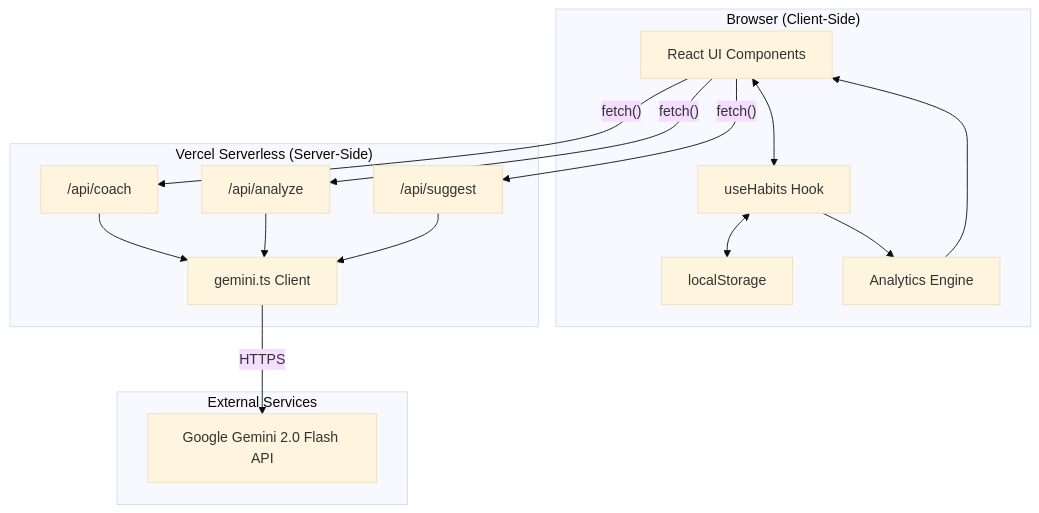
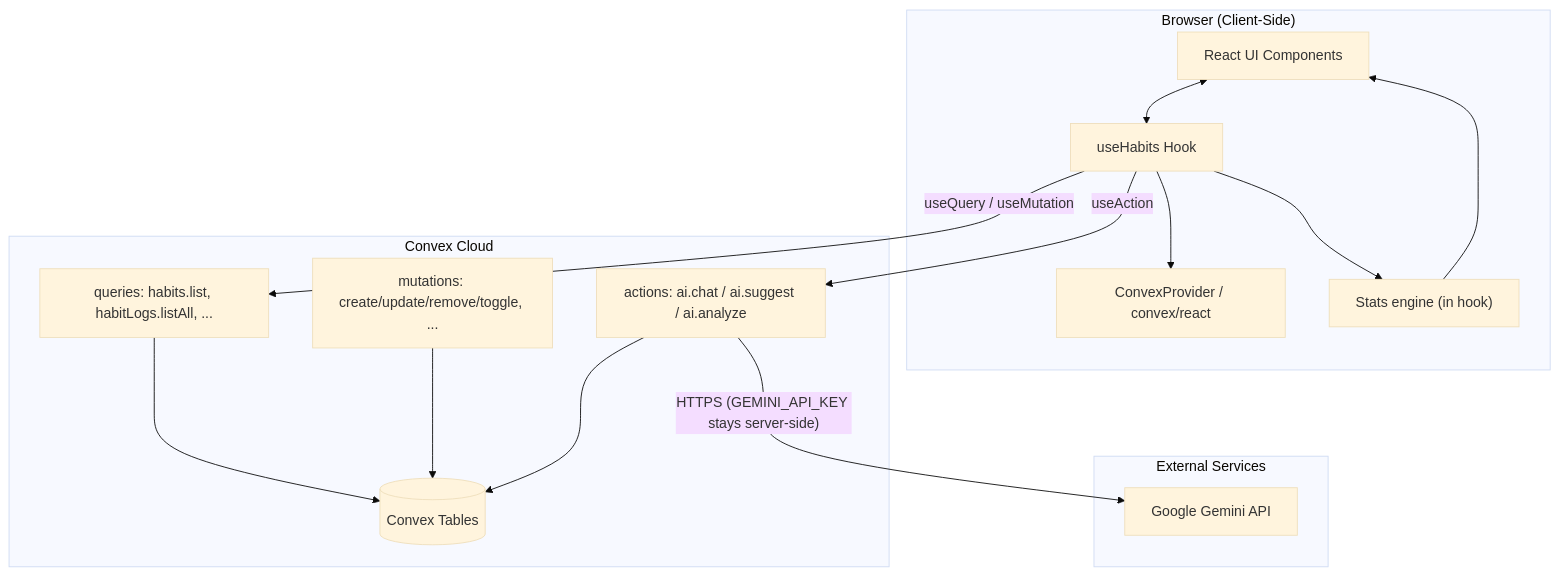
Before and after one commit to Moballig/habitforge: the first of 6 diagrams in docs/ARCHITECTURE.md, drawn with Mermaid (base theme). The commit also changed other lines of this file and 20 other files, not shown here.

````diff
--- a/docs/ARCHITECTURE.md
+++ b/docs/ARCHITECTURE.md
@@ -11,34 +14,33 @@
 ```mermaid
 flowchart TB
     subgraph Client["Browser (Client-Side)"]
         UI["React UI Components"]
         Hook["useHabits Hook"]
-        LS["localStorage"]
-        Analytics["Analytics Engine"]
-        
+        CXP["ConvexProvider / convex/react"]
+        Stats["Stats engine (in hook)"]
+
         UI <--> Hook
-        Hook <--> LS
-        Hook --> Analytics
-        Analytics --> UI
+        Hook --> CXP
+        Hook --> Stats
+        Stats --> UI
     end
-    
-    subgraph Server["Vercel Serverless (Server-Side)"]
-        API_Coach["/api/coach"]
-        API_Analyze["/api/analyze"]
-        API_Suggest["/api/suggest"]
-        Gemini["gemini.ts Client"]
-        
-        API_Coach --> Gemini
-        API_Analyze --> Gemini
-        API_Suggest --> Gemini
+
+    subgraph Convex["Convex Cloud"]
+        Q["queries: habits.list, habitLogs.listAll, ..."]
+        M["mutations: create/update/remove/toggle, ..."]
+        A["actions: ai.chat / ai.suggest / ai.analyze"]
+        DB[(Convex Tables)]
+
+        Q --> DB
+        M --> DB
+        A --> DB
     end
-    
+
     subgraph External["External Services"]
-        GeminiAPI["Google Gemini 2.0 Flash API"]
+        GeminiAPI["Google Gemini API"]
     end
-    
-    UI -- "fetch()" --> API_Coach
-    UI -- "fetch()" --> API_Analyze
-    UI -- "fetch()" --> API_Suggest
-    Gemini -- "HTTPS" --> GeminiAPI
+
+    Hook -- "useQuery / useMutation" --> Q
+    Hook -- "useAction" --> A
+    A -- "HTTPS (GEMINI_API_KEY stays server-side)" --> GeminiAPI
 ```
````
